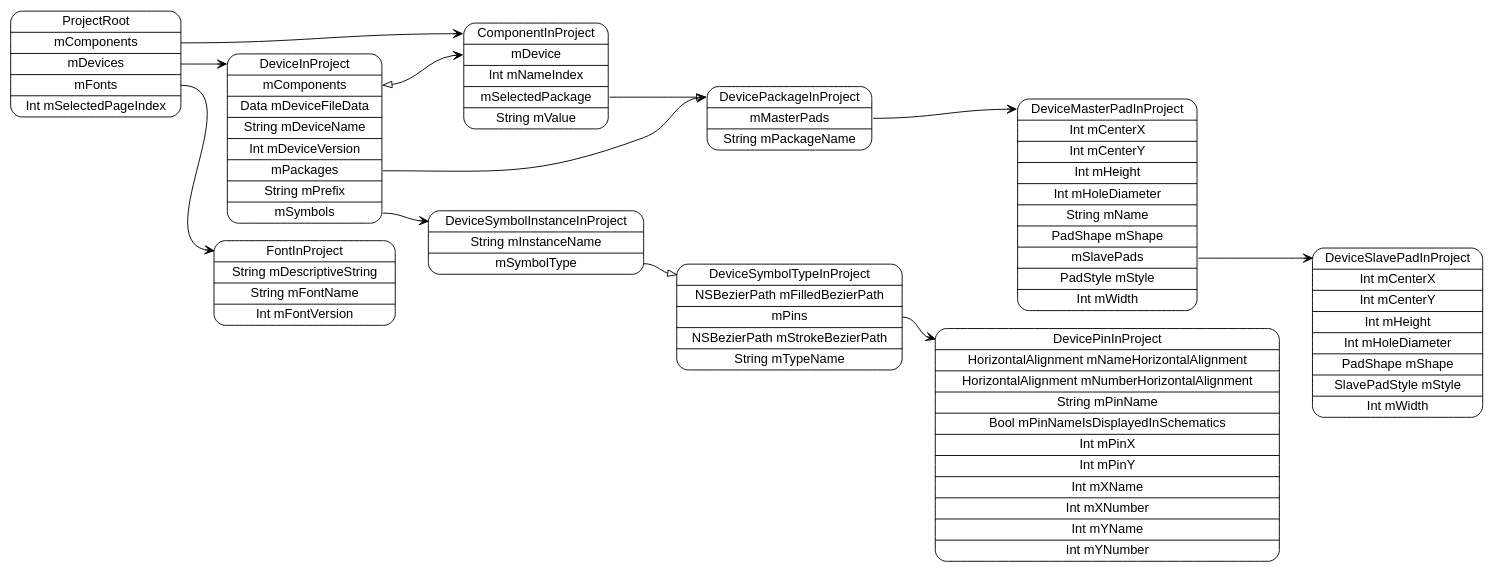
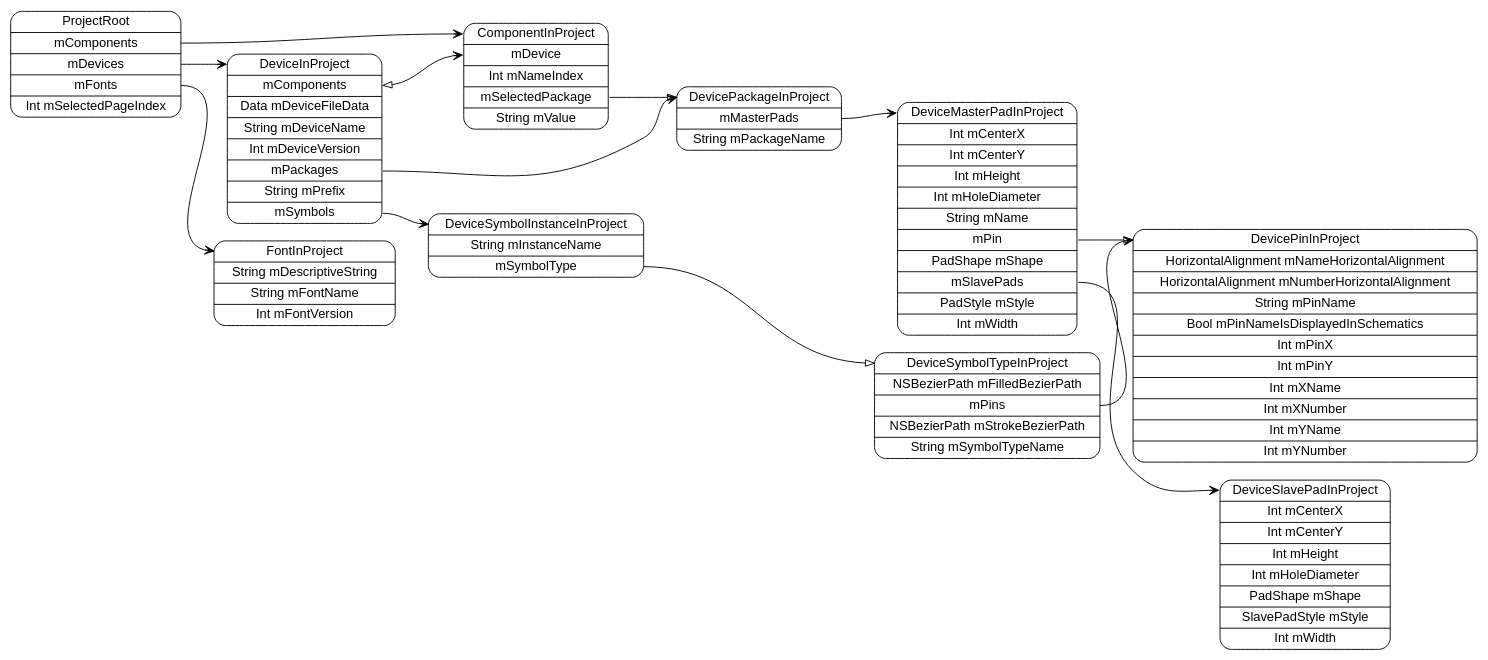
Before and after one commit to pierremolinaro/ElCanari-dev: the diagram in models/ProjectRoot.dot, drawn with Graphviz. The commit also changed 23 other files, not shown here.

```diff
--- a/models/ProjectRoot.dot
+++ b/models/ProjectRoot.dot
@@ -1,25 +1,26 @@
 digraph G {
   rankdir=LR ;
   node [shape=record fontname=helvetica style=rounded] ;
   ProjectRoot[label="<ProjectRoot>ProjectRoot|<mComponents>mComponents|<mDevices>mDevices|<mFonts>mFonts|Int mSelectedPageIndex"] ;
   FontInProject[label="<FontInProject>FontInProject|String mDescriptiveString|String mFontName|Int mFontVersion"] ;
   DeviceInProject[label="<DeviceInProject>DeviceInProject|<mComponents>mComponents|Data mDeviceFileData|String mDeviceName|Int mDeviceVersion|<mPackages>mPackages|String mPrefix|<mSymbols>mSymbols"] ;
   DeviceSymbolInstanceInProject[label="<DeviceSymbolInstanceInProject>DeviceSymbolInstanceInProject|String mInstanceName|<mSymbolType>mSymbolType"] ;
-  DeviceSymbolTypeInProject[label="<DeviceSymbolTypeInProject>DeviceSymbolTypeInProject|NSBezierPath mFilledBezierPath|<mPins>mPins|NSBezierPath mStrokeBezierPath|String mTypeName"] ;
+  DeviceSymbolTypeInProject[label="<DeviceSymbolTypeInProject>DeviceSymbolTypeInProject|NSBezierPath mFilledBezierPath|<mPins>mPins|NSBezierPath mStrokeBezierPath|String mSymbolTypeName"] ;
   DevicePinInProject[label="<DevicePinInProject>DevicePinInProject|HorizontalAlignment mNameHorizontalAlignment|HorizontalAlignment mNumberHorizontalAlignment|String mPinName|Bool mPinNameIsDisplayedInSchematics|Int mPinX|Int mPinY|Int mXName|Int mXNumber|Int mYName|Int mYNumber"] ;
   DevicePackageInProject[label="<DevicePackageInProject>DevicePackageInProject|<mMasterPads>mMasterPads|String mPackageName"] ;
-  DeviceMasterPadInProject[label="<DeviceMasterPadInProject>DeviceMasterPadInProject|Int mCenterX|Int mCenterY|Int mHeight|Int mHoleDiameter|String mName|PadShape mShape|<mSlavePads>mSlavePads|PadStyle mStyle|Int mWidth"] ;
+  DeviceMasterPadInProject[label="<DeviceMasterPadInProject>DeviceMasterPadInProject|Int mCenterX|Int mCenterY|Int mHeight|Int mHoleDiameter|String mName|<mPin>mPin|PadShape mShape|<mSlavePads>mSlavePads|PadStyle mStyle|Int mWidth"] ;
   DeviceSlavePadInProject[label="<DeviceSlavePadInProject>DeviceSlavePadInProject|Int mCenterX|Int mCenterY|Int mHeight|Int mHoleDiameter|PadShape mShape|SlavePadStyle mStyle|Int mWidth"] ;
   ComponentInProject[label="<ComponentInProject>ComponentInProject|<mDevice>mDevice|Int mNameIndex|<mSelectedPackage>mSelectedPackage|String mValue"] ;
   ProjectRoot:mComponents -> ComponentInProject:ComponentInProject [dir=both arrowtail=none arrowhead=vee] ;
   ProjectRoot:mDevices -> DeviceInProject:DeviceInProject [dir=both arrowtail=none arrowhead=vee] ;
   ProjectRoot:mFonts -> FontInProject:FontInProject [dir=both arrowtail=none arrowhead=vee] ;
   DeviceInProject:mComponents -> ComponentInProject:mDevice [dir=both arrowtail=onormal arrowhead=vee] ;
   DeviceInProject:mPackages -> DevicePackageInProject:DevicePackageInProject [dir=both arrowtail=none arrowhead=vee] ;
   DeviceInProject:mSymbols -> DeviceSymbolInstanceInProject:DeviceSymbolInstanceInProject [dir=both arrowtail=none arrowhead=vee] ;
   DeviceSymbolInstanceInProject:mSymbolType -> DeviceSymbolTypeInProject:DeviceSymbolTypeInProject [dir=both arrowtail=none arrowhead=onormal] ;
   DeviceSymbolTypeInProject:mPins -> DevicePinInProject:DevicePinInProject [dir=both arrowtail=none arrowhead=vee] ;
   DevicePackageInProject:mMasterPads -> DeviceMasterPadInProject:DeviceMasterPadInProject [dir=both arrowtail=none arrowhead=vee] ;
+  DeviceMasterPadInProject:mPin -> DevicePinInProject:DevicePinInProject [dir=both arrowtail=none arrowhead=onormal] ;
   DeviceMasterPadInProject:mSlavePads -> DeviceSlavePadInProject:DeviceSlavePadInProject [dir=both arrowtail=none arrowhead=vee] ;
   ComponentInProject:mSelectedPackage -> DevicePackageInProject:DevicePackageInProject [dir=both arrowtail=none arrowhead=onormal] ;
 }
```
